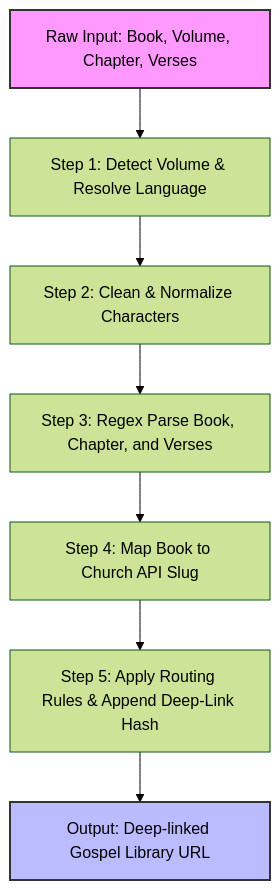
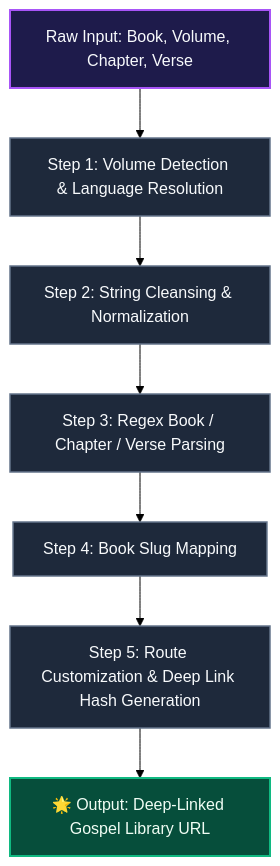
Before and after one commit to ScriptureHabit/scripture-habit: the diagram in docs/gospel-library-mapper.md, drawn with Mermaid (forest theme). The commit also changed 5 other files, not shown here.

Commit message:
docs: fix Mermaid contrast for full Dark & Light mode readability

````diff
--- a/docs/gospel-library-mapper.md
+++ b/docs/gospel-library-mapper.md
@@ -13,13 +13,13 @@
 ```mermaid
 flowchart TD
-    A["Raw Input: Book, Volume, Chapter, Verses"] --> B["Step 1: Detect Volume & Resolve Language"]
-    B --> C["Step 2: Clean & Normalize Characters"]
-    C --> D["Step 3: Regex Parse Book, Chapter, and Verses"]
-    D --> E["Step 4: Map Book to Church API Slug"]
-    E --> F["Step 5: Apply Routing Rules & Append Deep-Link Hash"]
-    G["Output: Deep-linked Gospel Library URL"]
-    F --> G
+    classDef input fill:#1e1b4b,stroke:#a855f7,stroke-width:2px,color:#f8fafc;
+    classDef step fill:#1e293b,stroke:#64748b,stroke-width:1.5px,color:#f8fafc;
+    classDef output fill:#064e3b,stroke:#10b981,stroke-width:2px,color:#f0fdf4;
 
-    style A fill:#f9f,stroke:#333,stroke-width:2px
-    style G fill:#bbf,stroke:#333,stroke-width:2px
+    A["Raw Input: Book, Volume, Chapter, Verse"]:::input --> B["Step 1: Volume Detection & Language Resolution"]:::step
+    B --> C["Step 2: String Cleansing & Normalization"]:::step
+    C --> D["Step 3: Regex Book / Chapter / Verse Parsing"]:::step
+    D --> E["Step 4: Book Slug Mapping"]:::step
+    E --> F["Step 5: Route Customization & Deep Link Hash Generation"]:::step
+    F --> G["🌟 Output: Deep-Linked Gospel Library URL"]:::output
 ```
````
